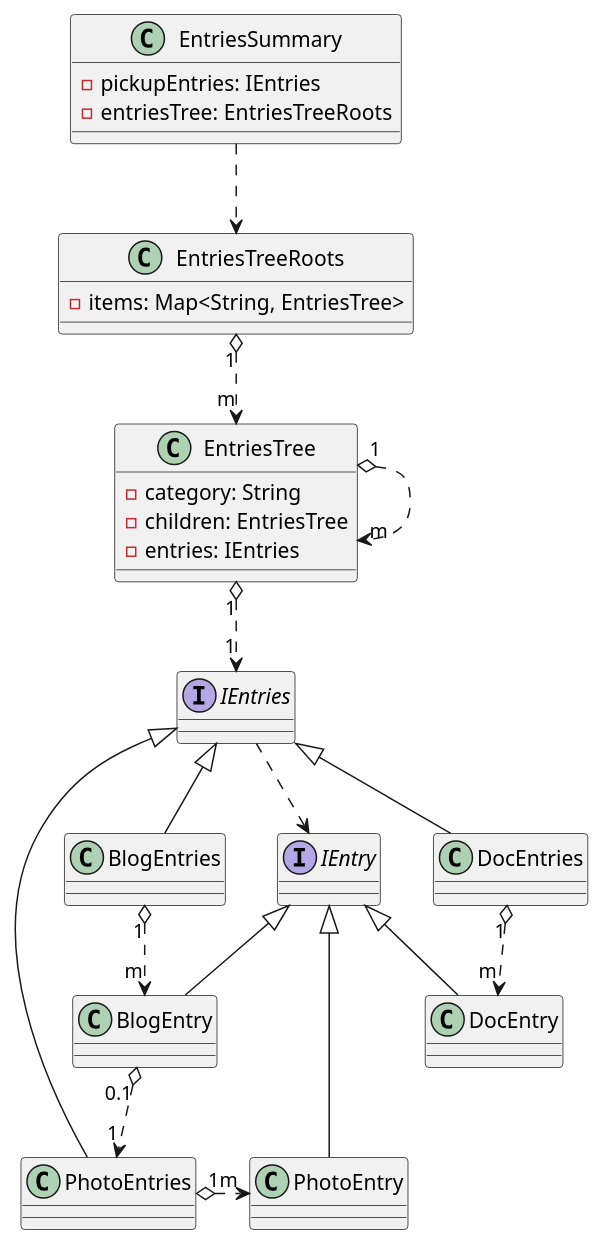
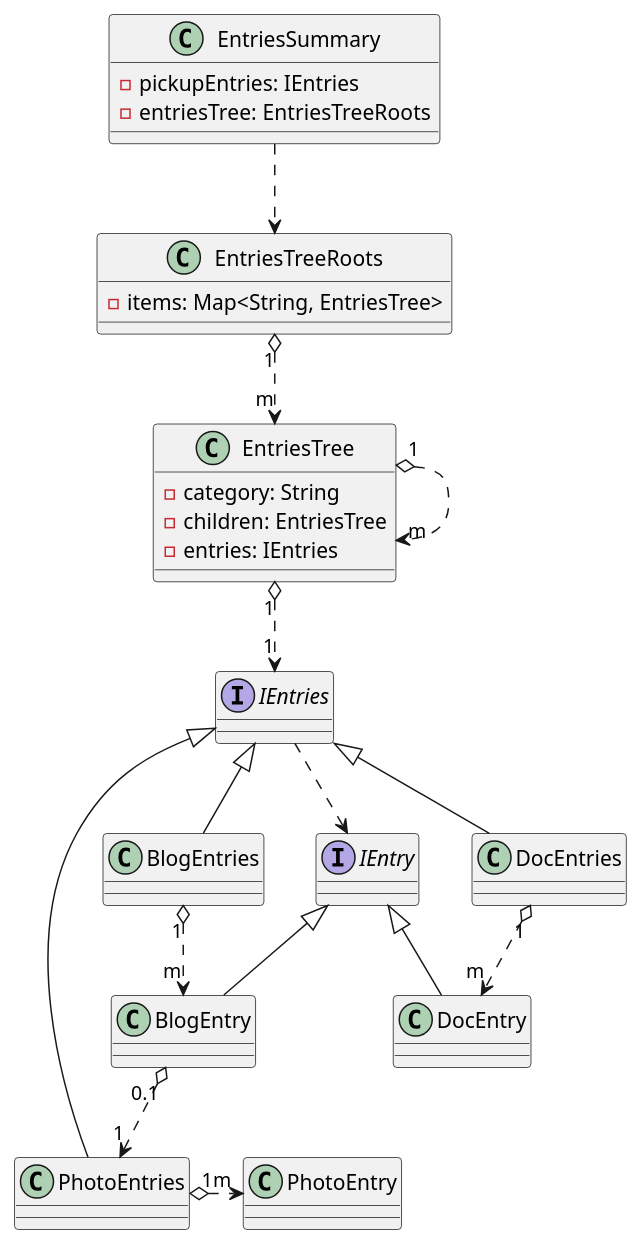
The diagram in domainDiagram.puml (Symthy/obs-docs-blog-entries-manager), drawn with PlantUML before and after one commit. The commit also changed 19 other files, not shown here.

Commit message:
add: rename blog entry repository and fix diagrams

```diff
--- a/domainDiagram.puml
+++ b/domainDiagram.puml
@@ -1,39 +1,38 @@
 @startuml
 'https://plantuml.com/class-diagram
 
 class EntriesSummary {
     - pickupEntries: IEntries
     - entriesTree: EntriesTreeRoots
 }
 EntriesSummary ..> EntriesTreeRoots
 
 class EntriesTreeRoots {
     - items: Map<String, EntriesTree>
 }
 EntriesTreeRoots "1" o..> "m" EntriesTree
 class EntriesTree {
     - category: String
     - children: EntriesTree
     - entries: IEntries
 }
 EntriesTree "1" o..> "m" EntriesTree
 EntriesTree "1" o..> "1" IEntries
 
 interface IEntries
 interface IEntry
 IEntries ..> IEntry
 
 class BlogEntries extends IEntries
 class BlogEntry extends IEntry
 BlogEntries "1" o..> "m" BlogEntry
 
 class DocEntries extends IEntries
 class DocEntry extends IEntry
 DocEntries "1" o..> "m" DocEntry
 
 class PhotoEntries extends IEntries
-class PhotoEntry extends IEntry
 PhotoEntries "1" o.> "m" PhotoEntry
 BlogEntry "0.1" o..> "1" PhotoEntries
 
 @enduml
```
